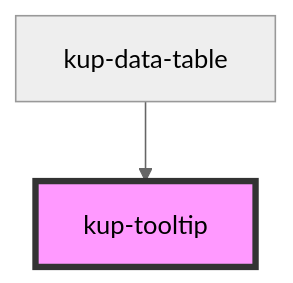
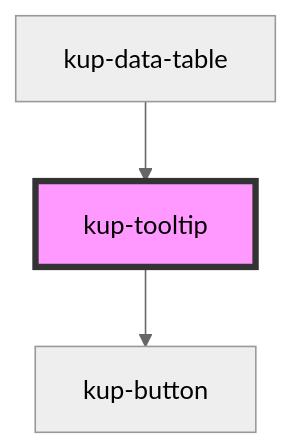
The diagram in packages/ketchup/src/components/kup-tooltip/readme.md (smeup/ketchup), drawn with Mermaid (neutral theme) before and after one commit. The commit also changed other lines of this file and 49 other files, not shown here.

````diff
--- a/packages/ketchup/src/components/kup-tooltip/readme.md
+++ b/packages/ketchup/src/components/kup-tooltip/readme.md
@@ -32,5 +38,6 @@
 ```mermaid
 graph TD;
+  kup-tooltip --> kup-button
   kup-data-table --> kup-tooltip
   style kup-tooltip fill:#f9f,stroke:#333,stroke-width:4px
 ```
````
